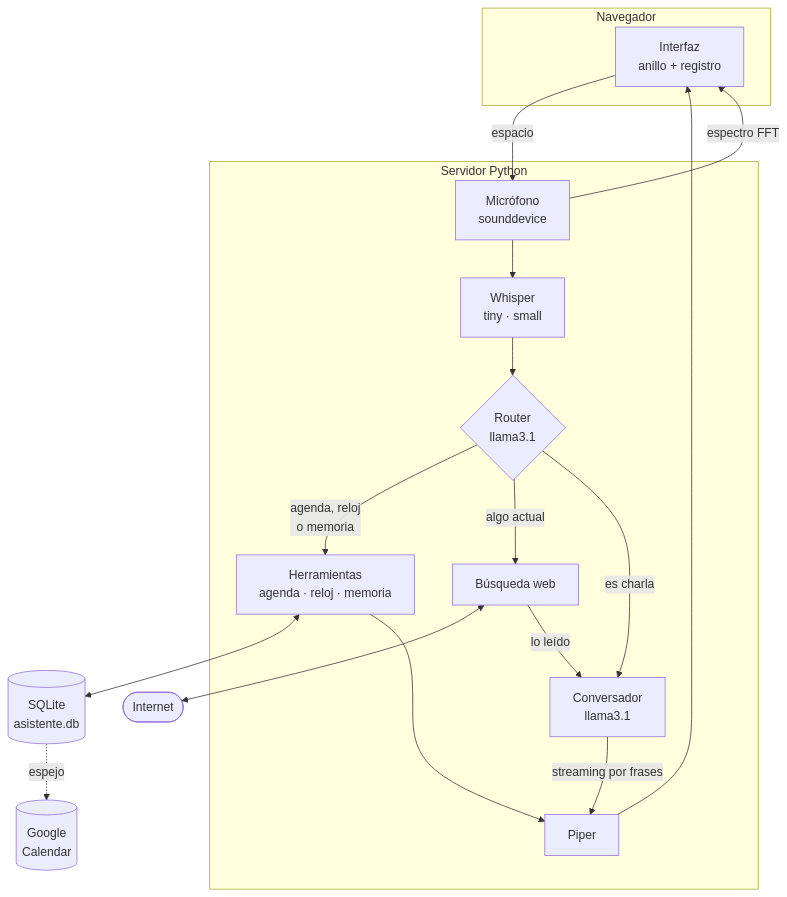
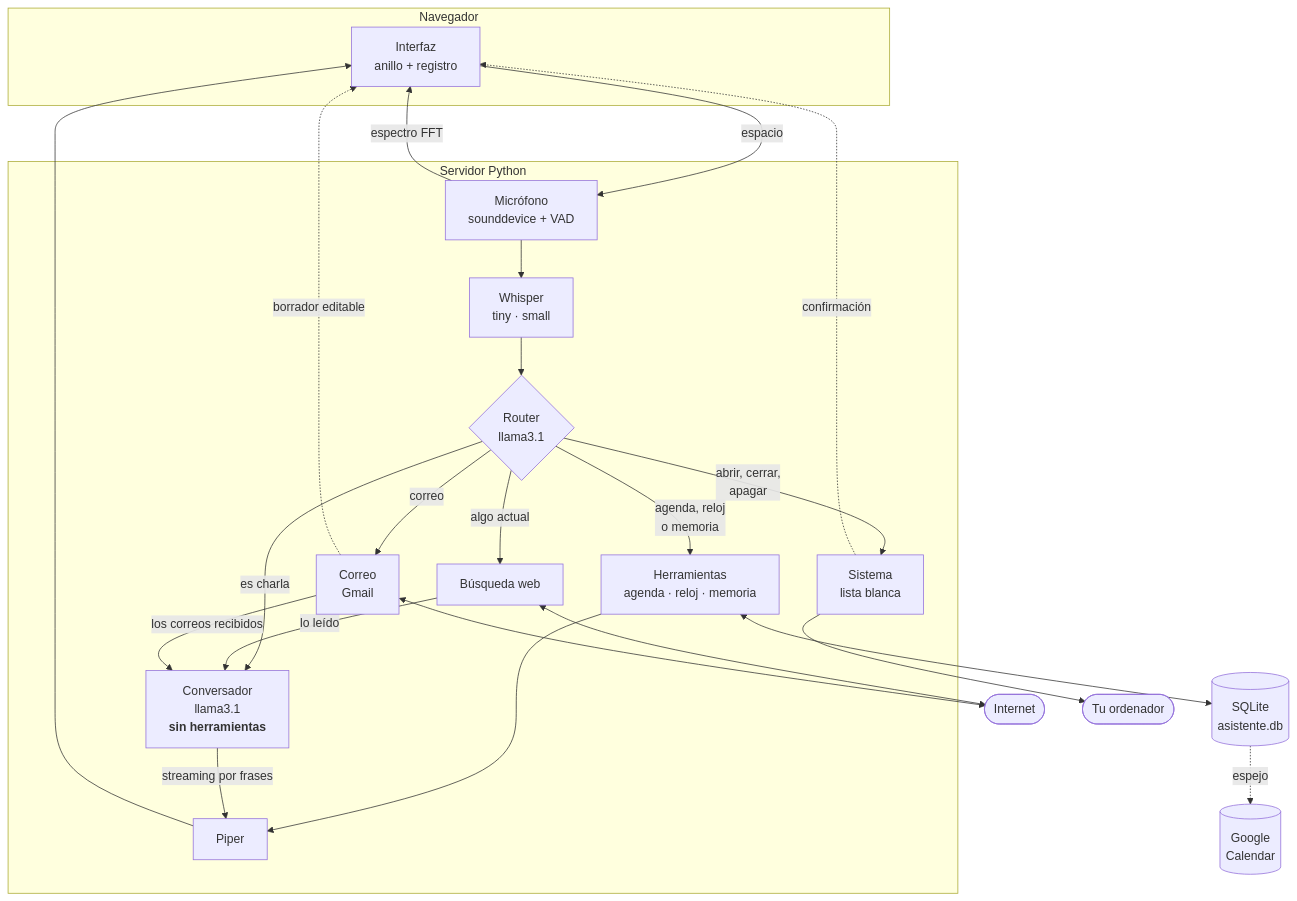
Before and after one commit to Totti-Coder/jarvis-local: the first of 2 diagrams in README.md, drawn with Mermaid. The commit also changed other lines of this file and 1 other file, not shown here.

````diff
--- a/README.md
+++ b/README.md
@@ -125,35 +187,45 @@
 ```mermaid
 flowchart TB
     subgraph NAV["Navegador"]
         UI["Interfaz<br/>anillo + registro"]
     end
 
     subgraph PY["Servidor Python"]
-        MIC["Micrófono<br/>sounddevice"]
+        MIC["Micrófono<br/>sounddevice + VAD"]
         STT["Whisper<br/>tiny · small"]
         ROUTER{"Router<br/>llama3.1"}
-        CHARLA["Conversador<br/>llama3.1"]
+        CHARLA["Conversador<br/>llama3.1<br/><b>sin herramientas</b>"]
         HERR["Herramientas<br/>agenda · reloj · memoria"]
+        SIS["Sistema<br/>lista blanca"]
         WEB["Búsqueda web"]
+        MAIL["Correo<br/>Gmail"]
         TTS["Piper"]
     end
 
     DB[("SQLite<br/>asistente.db")]
     GC[("Google<br/>Calendar")]
     NET(["Internet"])
+    PC(["Tu ordenador"])
 
     UI -- "espacio" --> MIC
     MIC --> STT
     STT --> ROUTER
     ROUTER -- "agenda, reloj<br/>o memoria" --> HERR
     ROUTER -- "algo actual" --> WEB
+    ROUTER -- "abrir, cerrar,<br/>apagar" --> SIS
+    ROUTER -- "correo" --> MAIL
     ROUTER -- "es charla" --> CHARLA
     HERR <--> DB
     DB -. "espejo" .-> GC
     WEB <--> NET
+    MAIL <--> NET
+    SIS --> PC
     WEB -- "lo leído" --> CHARLA
+    MAIL -- "los correos recibidos" --> CHARLA
+    SIS -. "confirmación" .-> UI
+    MAIL -. "borrador editable" .-> UI
     HERR --> TTS
     CHARLA -- "streaming por frases" --> TTS
     TTS --> UI
     MIC -- "espectro FFT" --> UI
 ```
````
